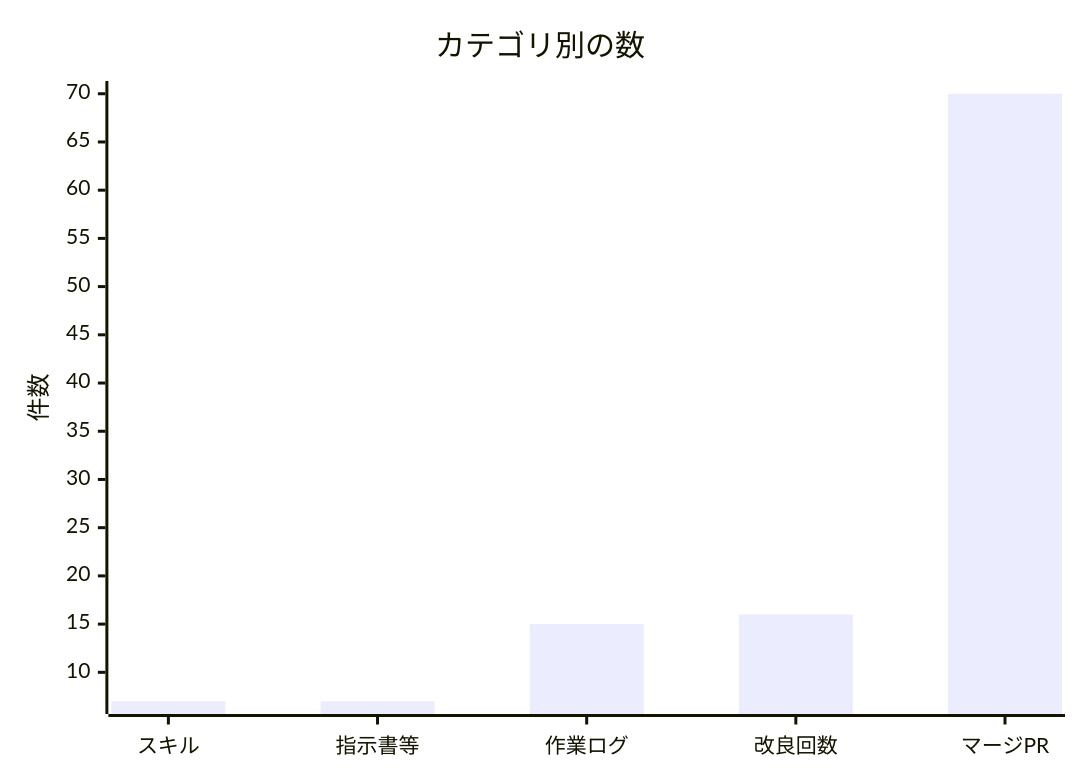
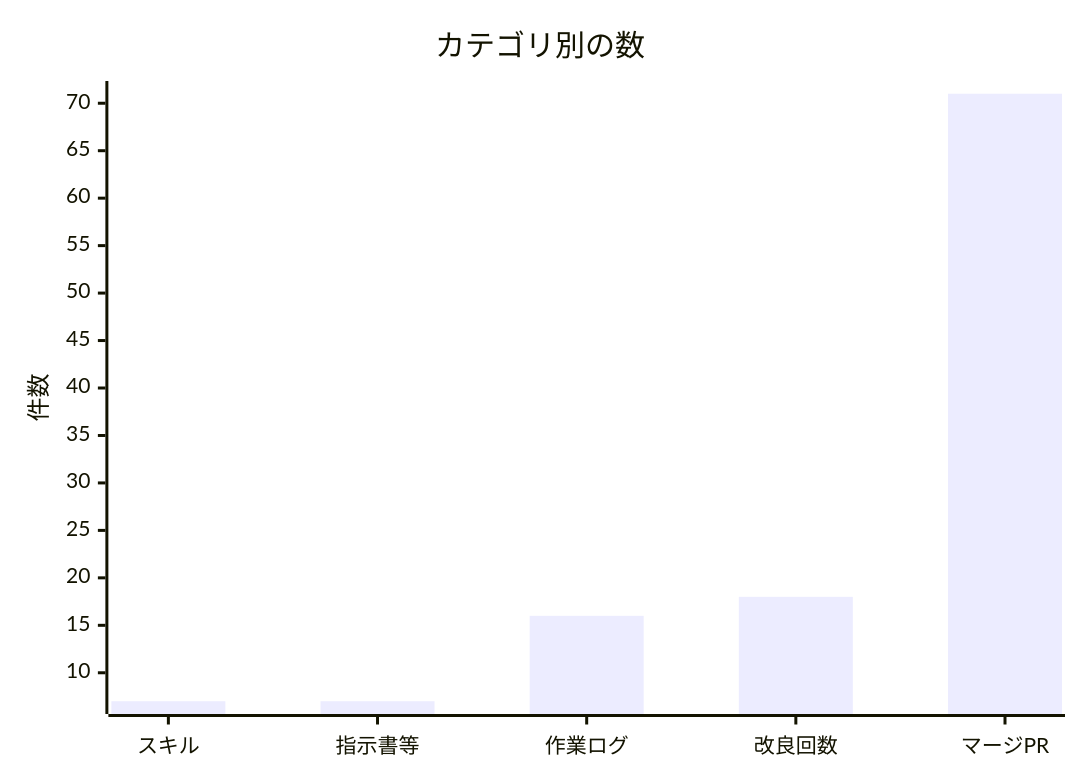
One commit to non-x2/non-x2 changed the second of 2 diagrams in docs/進化レポート.md. Above: the diagram before and after it, drawn with Mermaid. The commit also changed other lines of this file and 2 other files, not shown here.

````diff
--- a/docs/進化レポート.md
+++ b/docs/進化レポート.md
@@ -33,7 +33,7 @@
 ```mermaid
 xychart-beta
     title "カテゴリ別の数"
     x-axis ["スキル", "指示書等", "作業ログ", "改良回数", "マージPR"]
     y-axis "件数"
-    bar [7, 7, 15, 16, 70]
+    bar [7, 7, 16, 18, 71]
 ```
````
